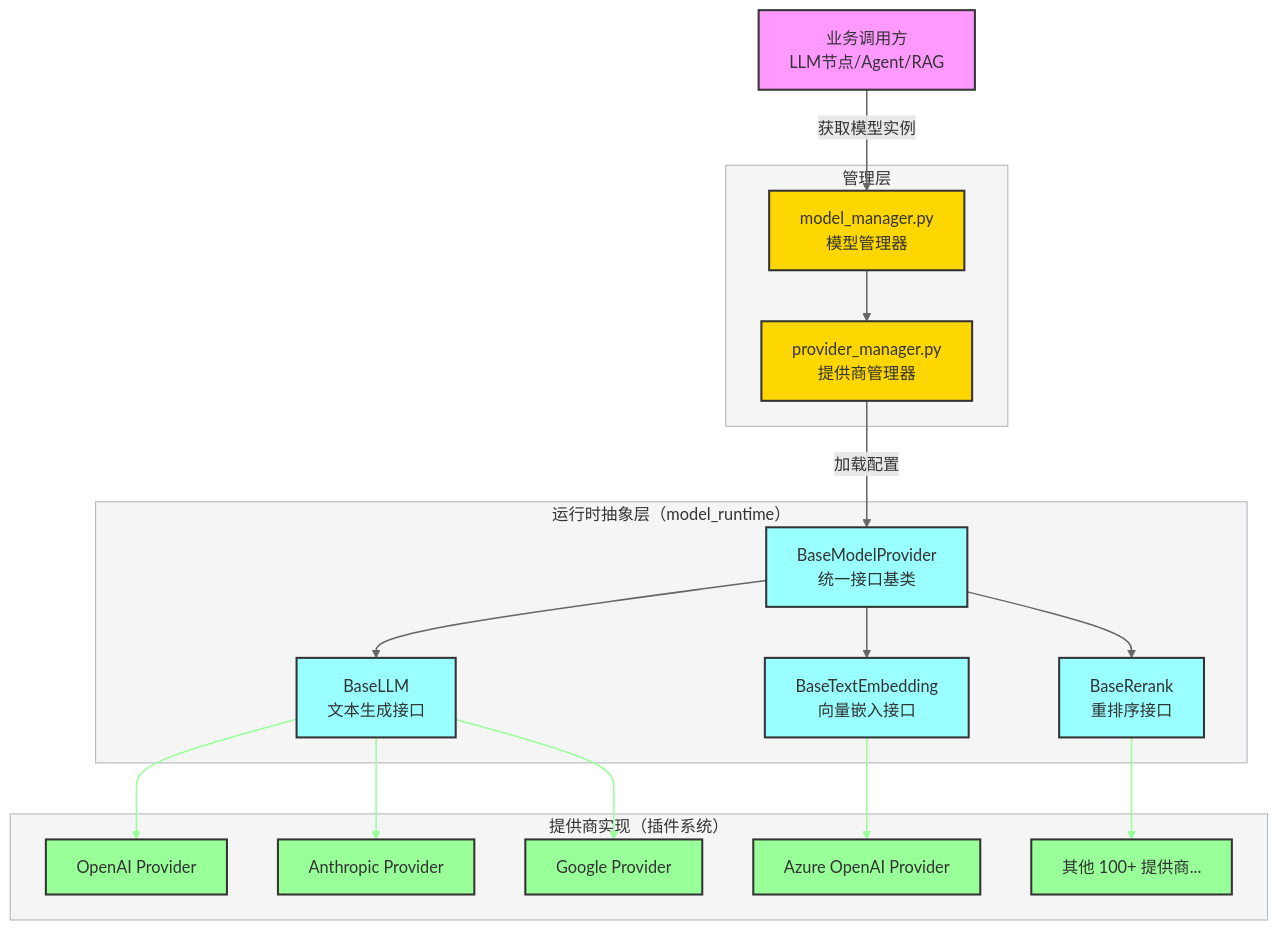
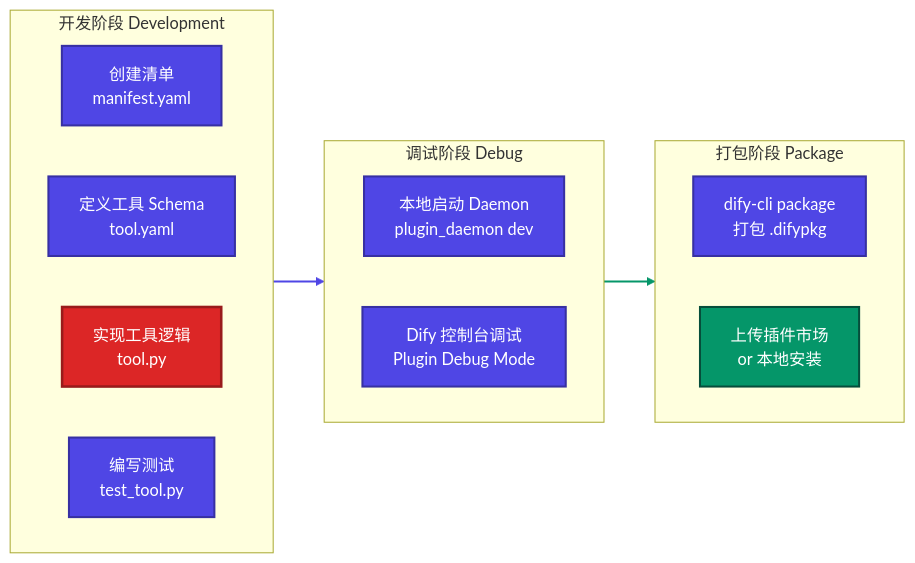
Diagram 13 of 16 in 2.AI 工程/Dify/Dify架构分析文档.md (amuqiao/AI-Engineering-Knowledge-Base), drawn with Mermaid before and after one commit. The commit also changed other lines of this file and 22 other files, not shown here.

````diff
--- a/2.AI 工程/Dify/Dify架构分析文档.md
+++ b/2.AI 工程/Dify/Dify架构分析文档.md
@@ -632,48 +1233,40 @@
 ```mermaid
-flowchart TB
-    classDef callerStyle fill:#f9f,stroke:#333,stroke-width:2px
-    classDef managerStyle fill:#ffd700,stroke:#333,stroke-width:2px
-    classDef runtimeStyle fill:#9ff,stroke:#333,stroke-width:2px
-    classDef providerStyle fill:#9f9,stroke:#333,stroke-width:2px
-    classDef subgraphStyle fill:#f5f5f5,stroke:#adb5bd,stroke-width:1px
+flowchart LR
+    %% ── 配色定义 ──────────────────────────────────────────────
+    classDef userStyle     fill:#1e40af,stroke:#1e3a8a,stroke-width:2.5px,color:#fff
+    classDef routeStyle    fill:#4f46e5,stroke:#3730a3,stroke-width:2px,color:#fff
+    classDef coreStyle     fill:#dc2626,stroke:#991b1b,stroke-width:2.5px,color:#fff
+    classDef storeStyle    fill:#059669,stroke:#064e3b,stroke-width:2px,color:#fff
+    classDef dbStyle       fill:#374151,stroke:#111827,stroke-width:2px,color:#fff
+    classDef layerStyle    fill:#f8fafc,stroke:#cbd5e0,stroke-width:1.5px
 
-    Caller["业务调用方<br/>LLM节点/Agent/RAG"]:::callerStyle
+    subgraph Dev["开发阶段 Development"]
+        direction LR
+        D1["创建清单<br>manifest.yaml"]:::routeStyle
+        D2["定义工具 Schema<br>tool.yaml"]:::routeStyle
+        D3["实现工具逻辑<br>tool.py"]:::coreStyle
+        D4["编写测试<br>test_tool.py"]:::routeStyle
+    end
+    class Dev layerStyle
 
-    subgraph managerLayer["管理层"]
-        MM[model_manager.py<br/>模型管理器]:::managerStyle
-        PM[provider_manager.py<br/>提供商管理器]:::managerStyle
+    subgraph Debug["调试阶段 Debug"]
+        direction LR
+        DBG1["本地启动 Daemon<br>plugin_daemon dev"]:::routeStyle
+        DBG2["Dify 控制台调试<br>Plugin Debug Mode"]:::routeStyle
     end
-    class managerLayer subgraphStyle
+    class Debug layerStyle
 
-    subgraph runtimeLayer["运行时抽象层（model_runtime）"]
-        Base[BaseModelProvider<br/>统一接口基类]:::runtimeStyle
-        LLMBase[BaseLLM<br/>文本生成接口]:::runtimeStyle
-        EmbBase[BaseTextEmbedding<br/>向量嵌入接口]:::runtimeStyle
-        RerankBase[BaseRerank<br/>重排序接口]:::runtimeStyle
+    subgraph Package["打包阶段 Package"]
+        direction LR
+        PKG1["dify-cli package<br>打包 .difypkg"]:::routeStyle
+        PKG2["上传插件市场<br>or 本地安装"]:::storeStyle
     end
-    class runtimeLayer subgraphStyle
+    class Package layerStyle
 
-    subgraph providerImpls["提供商实现（插件系统）"]
-        P1[OpenAI Provider]:::providerStyle
-        P2[Anthropic Provider]:::providerStyle
-        P3[Google Provider]:::providerStyle
-        P4[Azure OpenAI Provider]:::providerStyle
-        P5[其他 100+ 提供商...]:::providerStyle
-    end
-    class providerImpls subgraphStyle
+    Dev --> Debug
+    Debug --> Package
 
-    Caller -->|获取模型实例| MM
-    MM --> PM
-    PM -->|加载配置| Base
-    Base --> LLMBase
-    Base --> EmbBase
-    Base --> RerankBase
-    LLMBase --> P1
-    LLMBase --> P2
-    LLMBase --> P3
-    EmbBase --> P4
-    RerankBase --> P5
-
-    linkStyle 0,1,2,3,4,5 stroke:#666,stroke-width:1.5px
-    linkStyle 6,7,8,9,10 stroke:#9f9,stroke-width:1.5px
+    %% 边索引：0-1，共 2 条
+    linkStyle 0 stroke:#4f46e5,stroke-width:2px
+    linkStyle 1 stroke:#059669,stroke-width:2px
 ```
````
